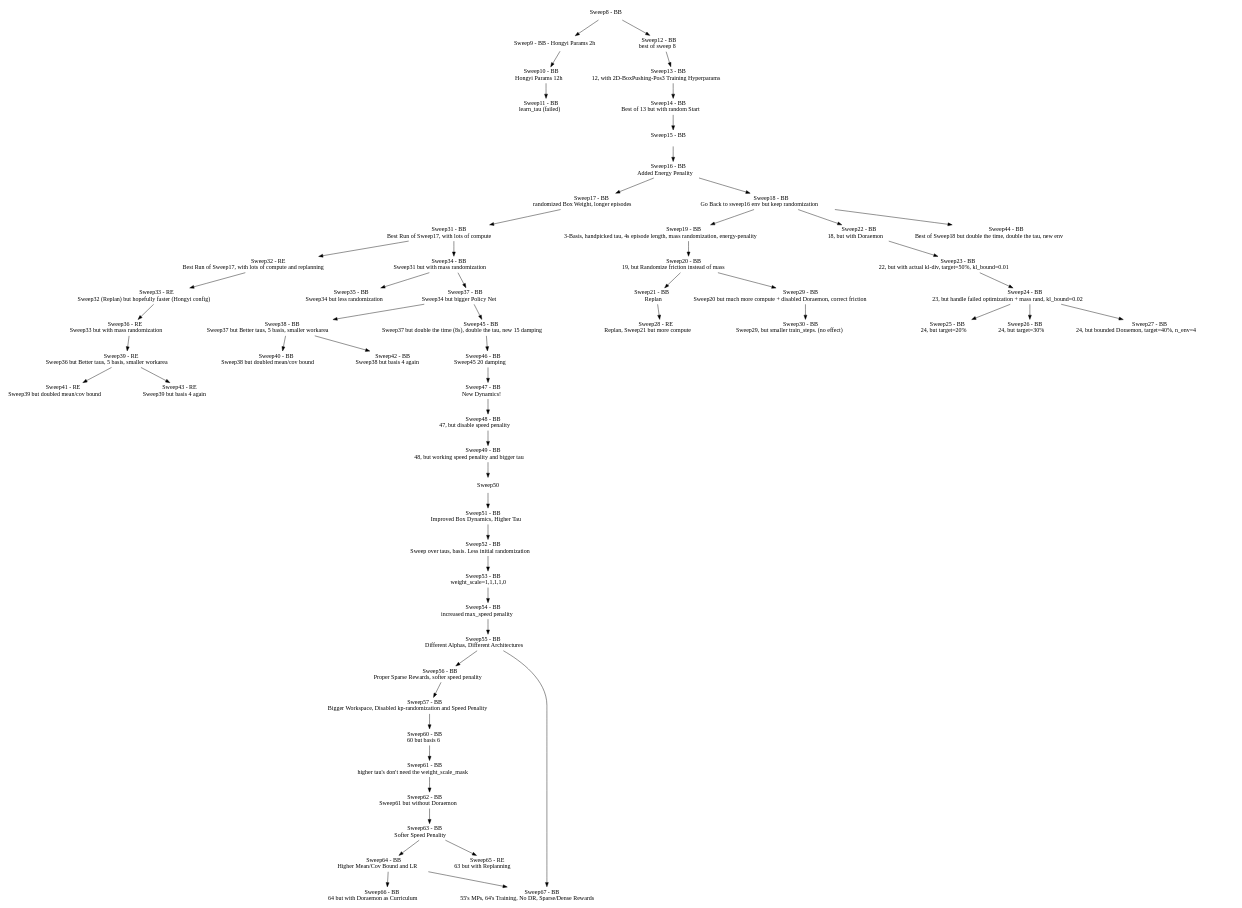
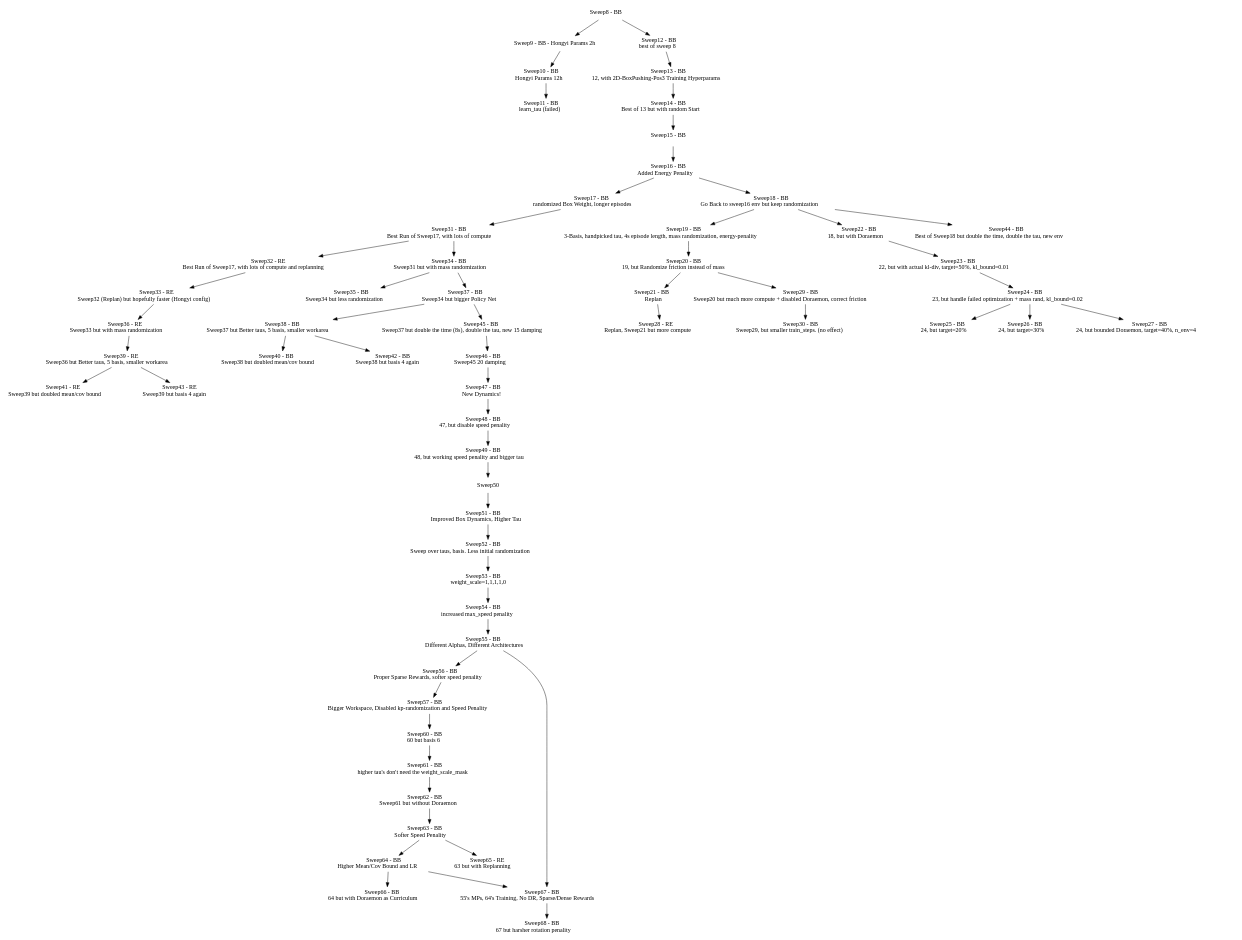
Before and after one commit to maxmunzel/fancy_gym: the diagram in sweeps.dot, drawn with Graphviz. The commit also changed 1 other file, not shown here.

Commit message:
Sweep68 - 67 but harsher rotation Penality

```diff
--- a/sweeps.dot
+++ b/sweeps.dot
@@ -1,121 +1,123 @@
 digraph Sweeps {
     // Nodes
     node [shape=plaintext]
     "Sweep8"  [label=<Sweep8 - BB>];
     "Sweep9"  [label=<Sweep9 - BB - Hongyi Params 2h>];
     "Sweep10" [label=<Sweep10 - BB <BR/> Hongyi Params 12h>];
     "Sweep11" [label=<Sweep11 - BB <BR/> learn_tau (failed)>];
     "Sweep12" [label=<Sweep12 - BB <BR/> best of sweep 8>];
     "Sweep13" [label=<Sweep13 - BB <BR/> 12, with 2D-BoxPushing-Pos3 Training Hyperparams>];
     "Sweep14" [label=<Sweep14 - BB <BR/> Best of 13 but with random Start>];
     "Sweep15" [label=<Sweep15 - BB <BR/> >];
     "Sweep16" [label=<Sweep16 - BB <BR/> Added Energy Penality>];
     "Sweep17" [label=<Sweep17 - BB <BR/> randomized Box Weight, longer episodes>];
     "Sweep18" [label=<Sweep18 - BB <BR/> Go Back to sweep16 env but keep randomization>];
     "Sweep19" [label=<Sweep19 - BB <BR/> 3-Basis, handpicked tau, 4s episode length, mass randomization, energy-penality>];
     "Sweep20" [label=<Sweep20 - BB <BR/> 19, but Randomize friction instead of mass>];
     "Sweep21" [label=<Sweep21 - BB <BR/> Replan>];
     "Sweep22" [label=<Sweep22 - BB <BR/> 18, but with Doraemon>];
     "Sweep23" [label=<Sweep23 - BB <BR/> 22, but with actual kl-div, target=50%, kl_bound=0.01>];
     "Sweep24" [label=<Sweep24 - BB <BR/> 23, but handle failed optimization + mass rand, kl_bound=0.02>];
     "Sweep25" [label=<Sweep25 - BB <BR/> 24, but target=20%>];
     "Sweep26" [label=<Sweep26 - BB <BR/> 24, but target=30%>];
     "Sweep27" [label=<Sweep27 - BB <BR/> 24, but bounded Doraemon, target=40%, n_env=4>];
     "Sweep28" [label=<Sweep28 - RE <BR/> Replan, Sweep21 but more compute>];
     "Sweep29" [label=<Sweep29 - BB <BR/> Sweep20 but much more compute + disabled Doraemon, correct friction>];
     "Sweep30" [label=<Sweep30 - BB <BR/> Sweep29, but smaller train_steps. (no effect)>];
     "Sweep31" [label=<Sweep31 - BB <BR/> Best Run of Sweep17, with lots of compute>];
     "Sweep32" [label=<Sweep32 - RE <BR/> Best Run of Sweep17, with lots of compute and replanning>];
     "Sweep33" [label=<Sweep33 - RE <BR/> Sweep32 (Replan) but hopefully faster (Hongyi config)>];
     "Sweep34" [label=<Sweep34 - BB <BR/> Sweep31 but with mass randomization>];
     "Sweep35" [label=<Sweep35 - BB <BR/> Sweep34 but less randomization>];
     "Sweep36" [label=<Sweep36 - RE <BR/> Sweep33 but with mass randomization>];
     "Sweep37" [label=<Sweep37 - BB <BR/> Sweep34 but bigger Policy Net>];
     "Sweep38" [label=<Sweep38 - BB <BR/> Sweep37 but Better taus, 5 basis, smaller workarea>];
     "Sweep39" [label=<Sweep39 - RE <BR/> Sweep36 but Better taus, 5 basis, smaller workarea>];
     "Sweep40" [label=<Sweep40 - BB <BR/> Sweep38 but doubled mean/cov bound>];
     "Sweep41" [label=<Sweep41 - RE <BR/> Sweep39 but doubled mean/cov bound>];
     "Sweep42" [label=<Sweep42 - BB <BR/> Sweep38 but basis 4 again>];
     "Sweep43" [label=<Sweep43 - RE <BR/> Sweep39 but basis 4 again>];
     "Sweep44" [label=<Sweep44 - BB <BR/> Best of Sweep18 but double the time, double the tau, new env>];
     "Sweep45" [label=<Sweep45 - BB <BR/> Sweep37 but double the time (8s), double the tau, new 15 damping>];
     "Sweep46" [label=<Sweep46 - BB <BR/> Sweep45 20 damping>];
     "Sweep47" [label=<Sweep47 - BB <BR/> New Dynamics! >];
     "Sweep48" [label=<Sweep48 - BB <BR/> 47, but disable speed penality  >];
     "Sweep49" [label=<Sweep49 - BB <BR/> 48, but working speed penality and bigger tau  >];
     "Sweep51" [label=<Sweep51 - BB <BR/> Improved Box Dynamics, Higher Tau>];
     "Sweep52" [label=<Sweep52 - BB <BR/> Sweep over taus, basis. Less initial randomization>];
     "Sweep53" [label=<Sweep53 - BB <BR/> weight_scale=1,1,1,1,0 >];
     "Sweep54" [label=<Sweep54 - BB <BR/> increased max_speed penality>];
     "Sweep55" [label=<Sweep55 - BB <BR/> Different Alphas, Different Architectures>];
     "Sweep56" [label=<Sweep56 - BB <BR/> Proper Sparse Rewards, softer speed penality>];
     "Sweep57" [label=<Sweep57 - BB <BR/> Bigger Workspace, Disabled kp-randomization and Speed Penality>];
     "Sweep60" [label=<Sweep60 - BB <BR/> 60 but basis 6>];
     "Sweep61" [label=<Sweep61 - BB <BR/> higher tau's don't need the weight_scale_mask>];
     "Sweep62" [label=<Sweep62 - BB <BR/> Sweep61 but without Doraemon>];
     "Sweep63" [label=<Sweep63 - BB <BR/> Softer Speed Penality >];
     "Sweep64" [label=<Sweep64 - BB <BR/> Higher Mean/Cov Bound and LR >];
     "Sweep65" [label=<Sweep65 - RE <BR/> 63 but with Replanning >];
     "Sweep66" [label=<Sweep66 - BB <BR/> 64 but with Doraemon as Curriculum >];
     "Sweep67" [label=<Sweep67 - BB <BR/> 55's MPs, 64's Training, No DR, Sparse/Dense Rewards >];
+    "Sweep68" [label=<Sweep68 - BB <BR/> 67 but harsher rotation penality >];
 
     // Edges
     "Sweep8" -> "Sweep9"
     "Sweep9" -> "Sweep10"
     "Sweep10" -> "Sweep11"
     "Sweep8" -> "Sweep12"
     "Sweep12" -> "Sweep13"
     "Sweep13" -> "Sweep14"
     "Sweep16" -> "Sweep18"
     "Sweep18" -> "Sweep19"
     "Sweep19" -> "Sweep20"
     "Sweep21" -> "Sweep28"
     "Sweep20" -> "Sweep29"
     "Sweep29" -> "Sweep30"
     "Sweep17" -> "Sweep31"
     "Sweep31" -> "Sweep32"
     "Sweep32" -> "Sweep33"
     "Sweep31" -> "Sweep34"
     "Sweep34" -> "Sweep35"
     "Sweep33" -> "Sweep36"
     "Sweep34" -> "Sweep37"
     "Sweep37" -> "Sweep38"
     "Sweep36" -> "Sweep39"
     "Sweep38" -> "Sweep40"
     "Sweep39" -> "Sweep41"
     "Sweep38" -> "Sweep42"
     "Sweep39" -> "Sweep43"
     "Sweep18" -> "Sweep22"
     "Sweep22" -> "Sweep23"
     "Sweep23" -> "Sweep24"
     "Sweep24" -> "Sweep25"
     "Sweep24" -> "Sweep26"
     "Sweep24" -> "Sweep27"
     "Sweep18" -> "Sweep44"
     "Sweep14" -> "Sweep15"
     "Sweep15" -> "Sweep16"
     "Sweep16" -> "Sweep17"
     "Sweep20" -> "Sweep21"
     "Sweep37" -> "Sweep45"
     "Sweep45" -> "Sweep46"
     "Sweep46" -> "Sweep47"
     "Sweep47" -> "Sweep48"
     "Sweep48" -> "Sweep49"
     "Sweep49" -> "Sweep50"
     "Sweep50" -> "Sweep51"
     "Sweep51" -> "Sweep52"
     "Sweep52" -> "Sweep53"
     "Sweep53" -> "Sweep54"
     "Sweep54" -> "Sweep55"
     "Sweep55" -> "Sweep56"
     "Sweep56" -> "Sweep57"
     "Sweep57" -> "Sweep60"
     "Sweep60" -> "Sweep61"
     "Sweep61" -> "Sweep62"
     "Sweep62" -> "Sweep63"
     "Sweep63" -> "Sweep64"
     "Sweep63" -> "Sweep65"
     "Sweep64" -> "Sweep66"
     "Sweep55" -> "Sweep67"
     "Sweep64" -> "Sweep67"
+    "Sweep67" -> "Sweep68"
 }
```
